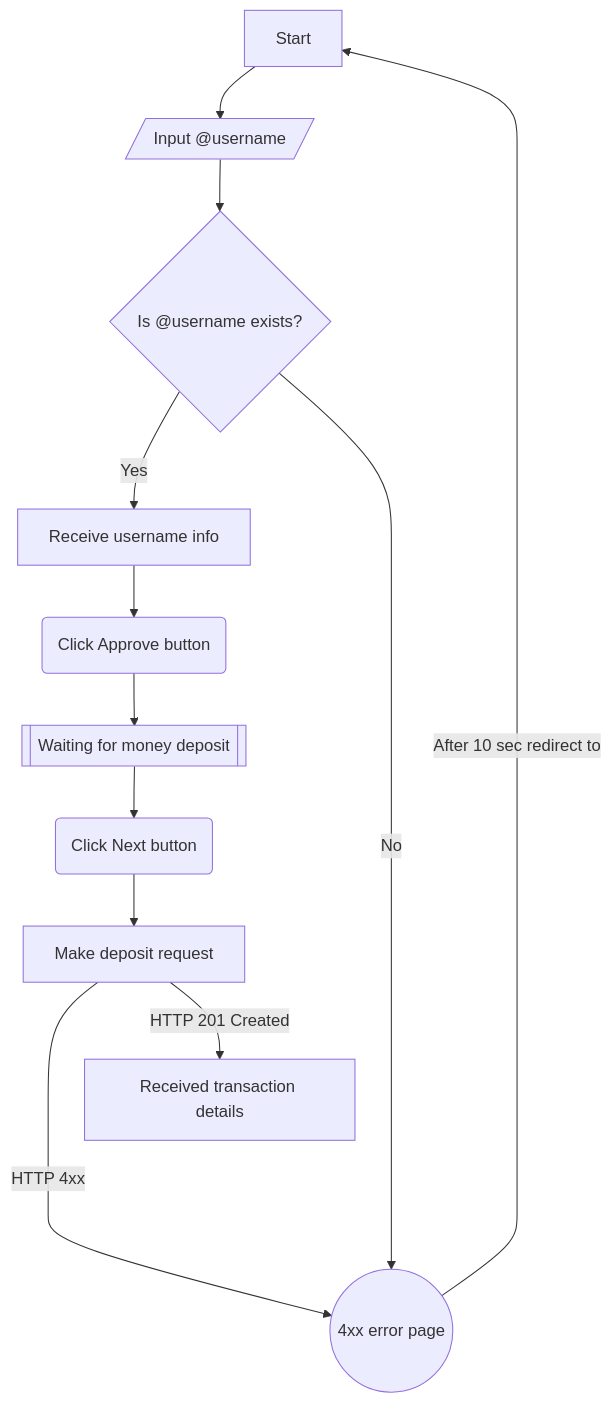
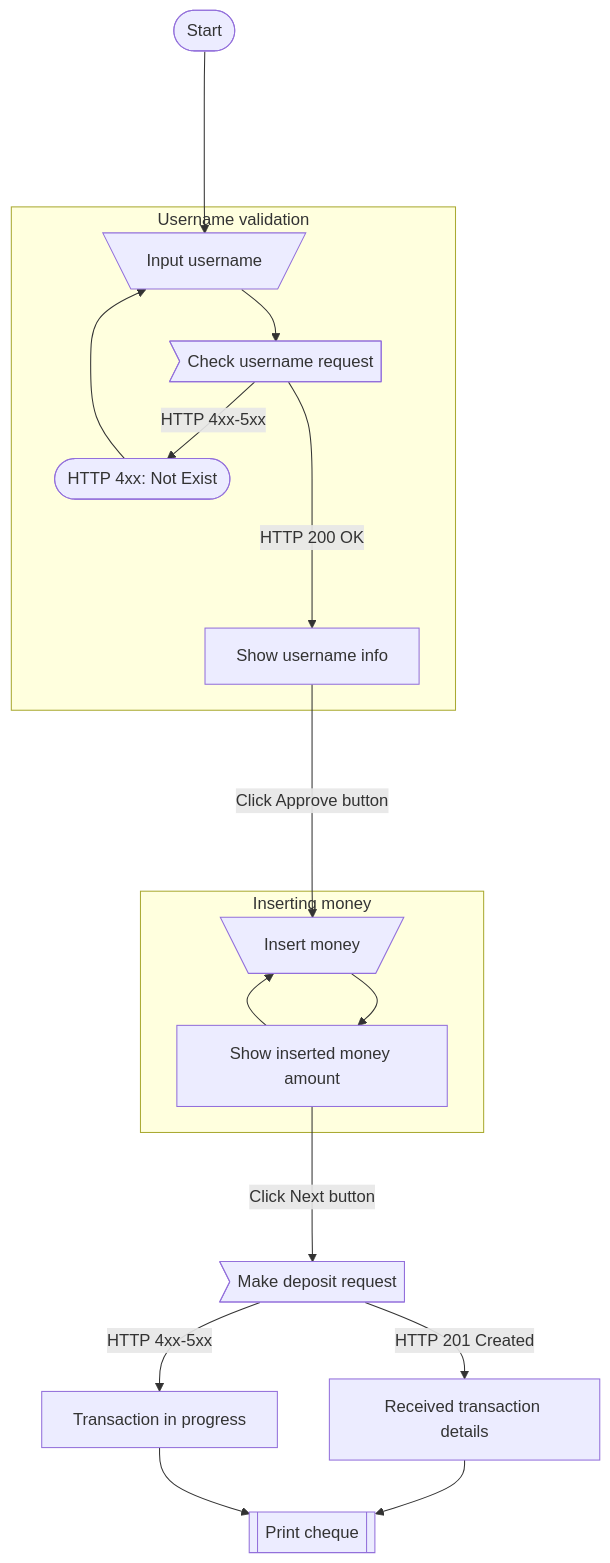
Before and after one commit to iumiCash/terminal-api: the diagram in docs/cash_in/flow.md, drawn with Mermaid. The commit also changed other lines of this file and 9 other files, not shown here.

Commit message:
transactions; fees; new diagram style

````diff
--- a/docs/cash_in/flow.md
+++ b/docs/cash_in/flow.md
@@ -7,26 +4,36 @@
 ```mermaid
-graph TD
-    start[Start] --> input_username[/"Input @username"/];
-    input_username --> check_username{"Is @username exists?"};
-    check_username --> |Yes| username_exist["Receive username info"];
-    check_username --> |No| error_page(("4xx error page"));
-    error_page -- "After 10 sec redirect to" --> start;
+flowchart TD
+    start([Start]) ----> input_username[\"Input username"/];
     
-    username_exist --> username_approving("Click Approve button");
-    username_approving --> waiting_for_deposit[["Waiting for money deposit"]];
-    waiting_for_deposit --> next_after_money_deposit("Click Next button");
-    next_after_money_deposit --> deposit_request["Make deposit request"];
-    deposit_request ----> |"HTTP 4xx"| error_page;
+    subgraph username_validation ["Username validation"];
+        input_username --> check_username_request>"Check username request"];
+        check_username_request --> |HTTP 4xx-5xx| error_page(["HTTP 4xx: Not Exist"]);
+        error_page --> input_username;
+        check_username_request ----> |HTTP 200 OK| show_username_info["Show username info"];
+    end;
+    
+    show_username_info -- "Click Approve button" ----> insert_money[\"Insert money"/];
+    
+    subgraph money_inserting ["Inserting money"];
+        insert_money --> show_inserted_money_amount["Show inserted money amount"];
+        show_inserted_money_amount --> insert_money;
+    end;
+    
+    show_inserted_money_amount -- "Click Next button" ---> deposit_request>"Make deposit request"];
     deposit_request --> |"HTTP 201 Created"| successful_deposit_request["Received transaction details"];
+    deposit_request --> |"HTTP 4xx-5xx"| error_deposit_request["Transaction in progress"];
+    successful_deposit_request --> print_cheque[["Print cheque"]];
+    error_deposit_request --> print_cheque[["Print cheque"]];
 
     click start href "#start";
     click input_username href "#input_username";
-    click check_username href "#retrieve_user";
-    click username_exist href "#username_exist";
+    click check_username_request href "#check_username_request";
+    click show_username_info href "#show_username_info";
     click error_page href "#error_page";
-    click username_approving href "#username_approving";
-    click waiting_for_deposit href "#waiting_for_deposit";
-    click next_after_money_deposit href "#next_after_money_deposit";
+    click insert_money href "#insert_money";
+    click show_inserted_money_amount href "#show_inserted_money_amount";
     click deposit_request href "#deposit_request";
     click successful_deposit_request href "#successful_deposit_request";
+    click error_deposit_request href "#error_deposit_request";
+    click print_cheque href "#print_cheque";
 ```
````
